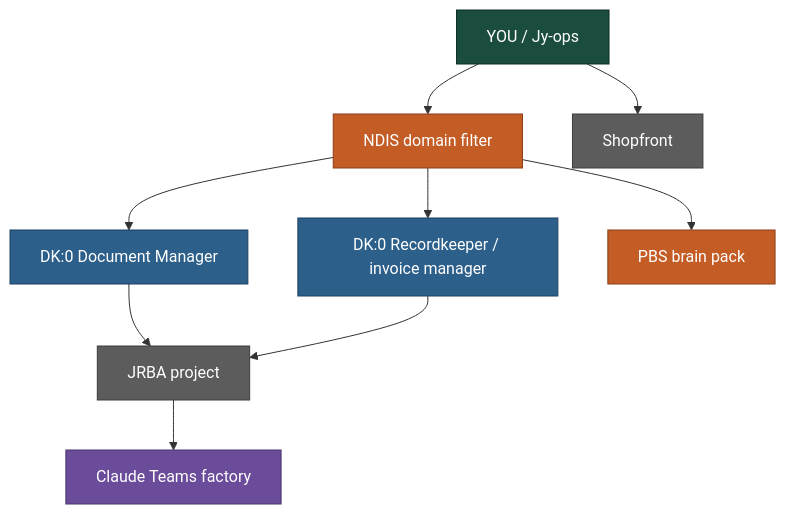
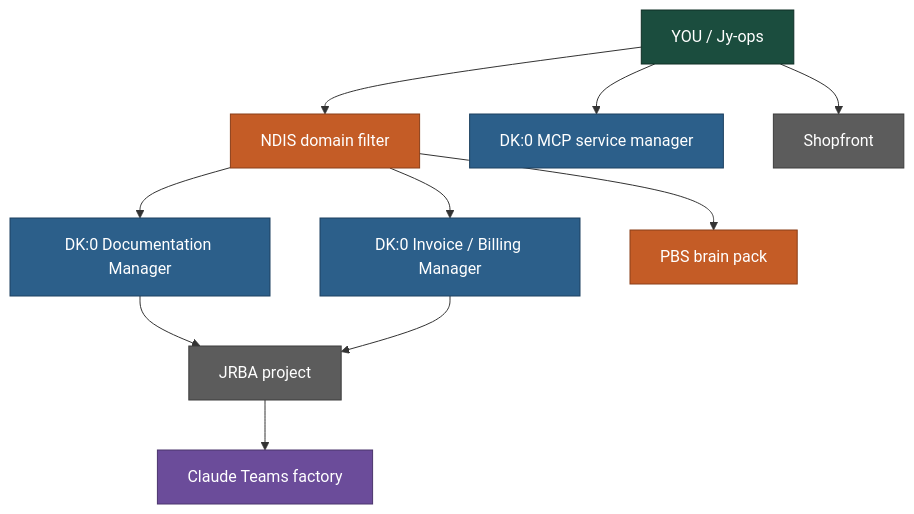
One commit to blautown/HQ changed the first of 2 diagrams in map.md. Above: the diagram before and after it, drawn with Mermaid. The commit also changed other lines of this file and 10 other files, not shown here.

````diff
--- a/map.md
+++ b/map.md
@@ -21,26 +23,28 @@
 ```mermaid
 flowchart TD
   classDef you fill:#1B4D3E,stroke:#0F2E25,color:#FFFFFF
   classDef ndis fill:#C45C26,stroke:#8A3E18,color:#FFFFFF
   classDef dk0 fill:#2C5F8A,stroke:#1D4060,color:#FFFFFF
   classDef grey fill:#5C5C5C,stroke:#3D3D3D,color:#FFFFFF
   classDef factory fill:#6B4C9A,stroke:#4A346C,color:#FFFFFF
 
   you["YOU / Jy-ops"]:::you
   filter["NDIS domain filter"]:::ndis
-  doc["DK:0 Document Manager"]:::dk0
-  rec["DK:0 Recordkeeper / invoice manager"]:::dk0
+  doc["DK:0 Documentation Manager"]:::dk0
+  rec["DK:0 Invoice / Billing Manager"]:::dk0
+  mcp["DK:0 MCP service manager"]:::dk0
   pbs["PBS brain pack"]:::ndis
   jrba["JRBA project"]:::grey
   teams["Claude Teams factory"]:::factory
   shop["Shopfront"]:::grey
 
   you --> filter
   you --> shop
+  you --> mcp
   filter --> doc
   filter --> rec
   filter --> pbs
   doc --> jrba
   rec --> jrba
   jrba --> teams
 ```
````
